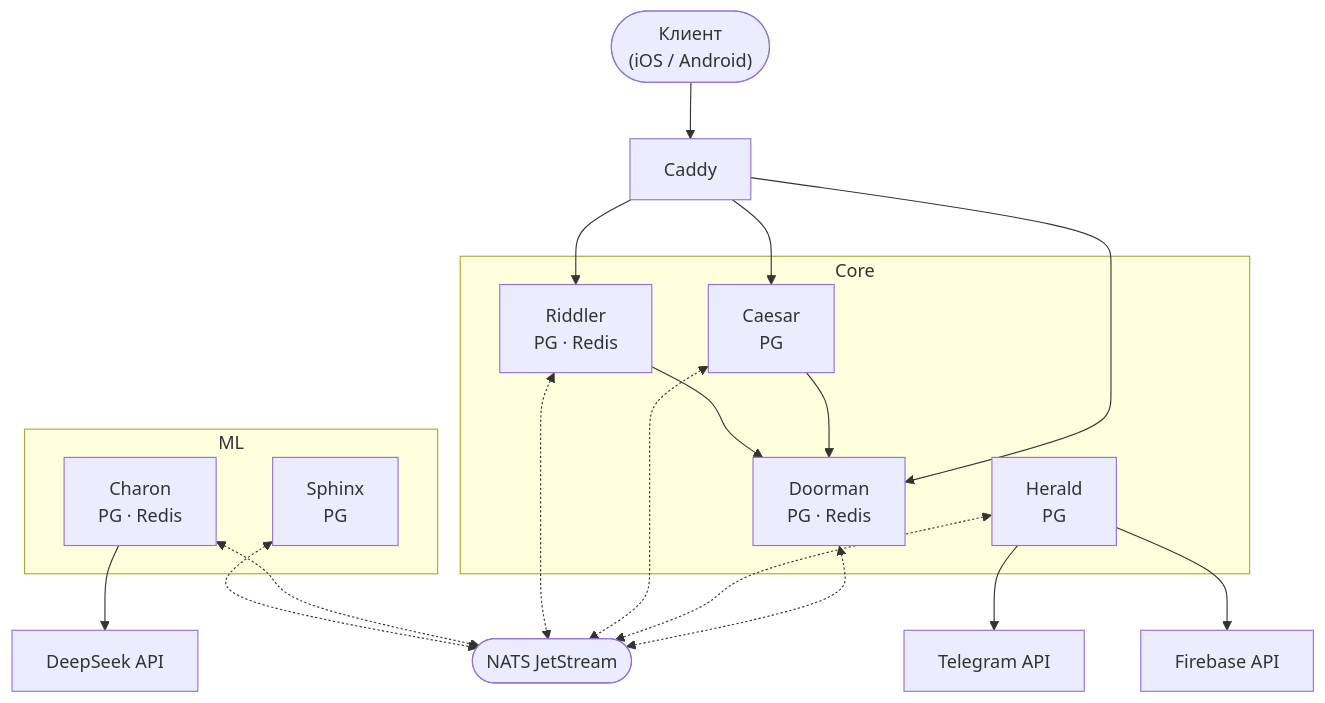
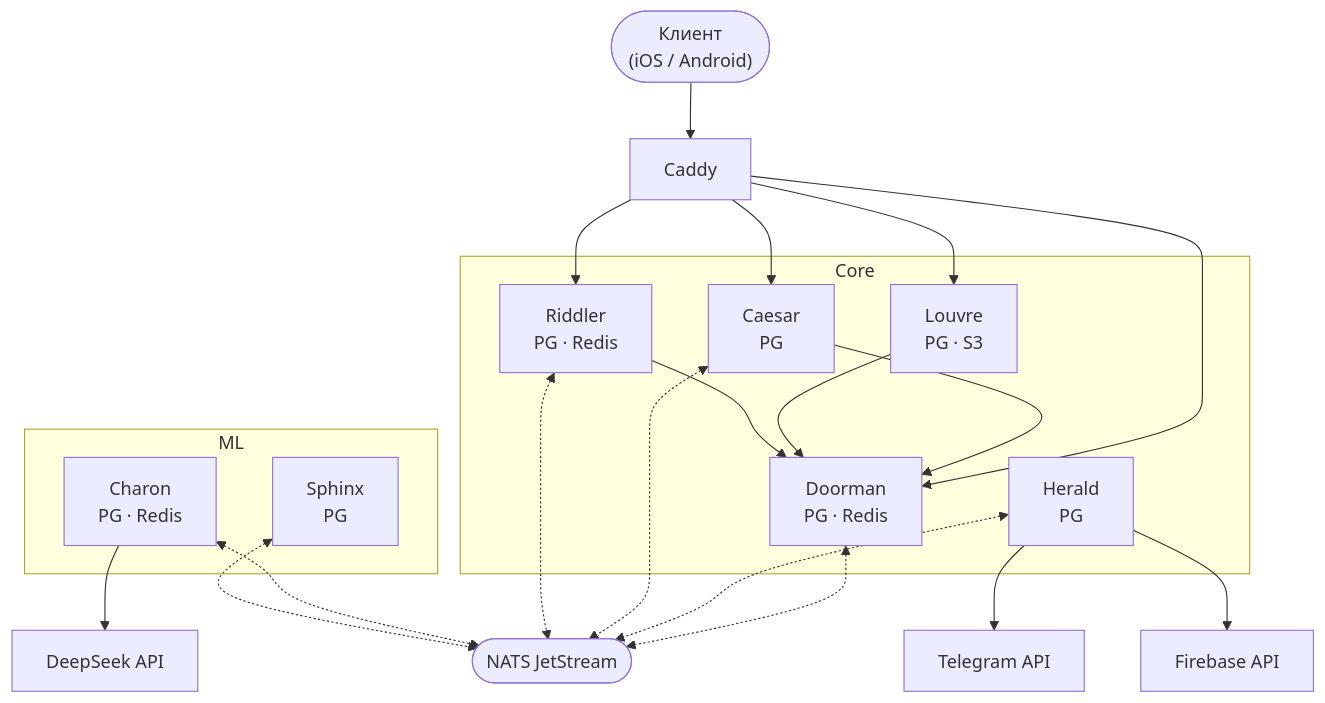
The diagram in README.md (OlympGuideTeam/edium-backend), drawn with Mermaid before and after one commit.

````diff
--- a/README.md
+++ b/README.md
@@ -7,35 +7,36 @@
 ```mermaid
 flowchart TD
     Client(["Клиент\n(iOS / Android)"])
     NATS(["NATS JetStream"])
     TG["Telegram API"]
     DS["DeepSeek API"]
     Firebase["Firebase API"]
 
     Caddy["Caddy"]
 
     subgraph services ["Core"]
         Caesar["Caesar\nPG"]
         Riddler["Riddler\nPG · Redis"]
         Doorman["Doorman\nPG · Redis"]
         Herald["Herald\nPG"]
+        Louvre["Louvre\nPG · S3"]
     end
 
     subgraph ml ["ML"]
         Sphinx["Sphinx\nPG"]
         Charon["Charon\nPG · Redis"]
     end
 
     
 
     Client --> Caddy
-    Caddy --> Doorman & Caesar & Riddler
+    Caddy --> Doorman & Caesar & Riddler & Louvre
 
-    Caesar & Riddler --> Doorman
+    Caesar & Louvre & Riddler --> Doorman
 
     Doorman & Herald & Caesar & Riddler & Charon & Sphinx <-.-> NATS
 
     Herald --> TG
     Charon --> DS
     Herald --> Firebase
 ```
````
